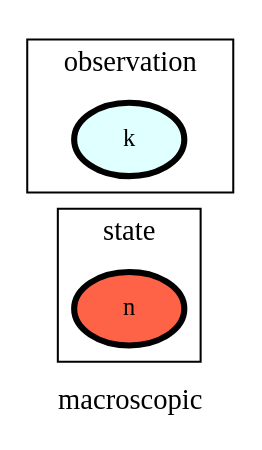
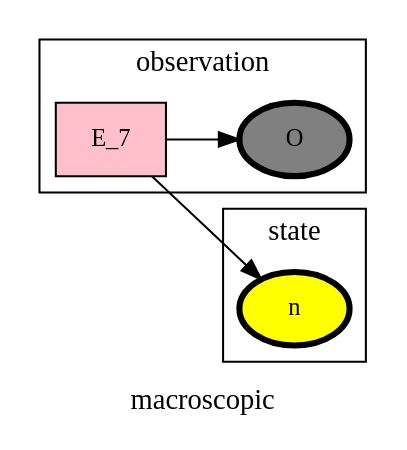
Before and after one commit to heinz-preisig/processes_distributed_no_interface_eqs: the diagram in ontology_graphs/graph__macroscopic.dot, drawn with Graphviz. The commit also changed 79 other files, not shown here.

```diff
--- a/ontology_graphs/graph__macroscopic.dot
+++ b/ontology_graphs/graph__macroscopic.dot
@@ -1,81 +1,84 @@
 digraph macroscopic {
 label=macroscopic;
 rankdir=LR;
 subgraph cluster_macroscopic___transport {
 label=transport;
 rankdir=LR;
 }
 
 subgraph cluster_macroscopic___geometry {
 label=geometry;
 rankdir=LR;
 }
 
 subgraph cluster_macroscopic___properties {
 label=properties;
 rankdir=LR;
 }
 
 subgraph cluster_macroscopic___network {
 label=network;
 rankdir=LR;
 }
 
 subgraph cluster_macroscopic___differenceOperator {
 label=differenceOperator;
 rankdir=LR;
 }
 
 subgraph cluster_macroscopic___frame {
 label=frame;
 rankdir=LR;
 }
 
 subgraph cluster_macroscopic___state {
 label=state;
 rankdir=LR;
-V_1 [fillcolor=tomato, fontsize=12, label=n, penwidth=3, style=filled];
+V_1 [fillcolor=yellow, fontsize=12, label=n, penwidth=3, style=filled];
 }
 
 subgraph cluster_macroscopic___constant {
 label=constant;
 rankdir=LR;
 }
 
 subgraph cluster_macroscopic___effort {
 label=effort;
 rankdir=LR;
 }
 
 subgraph cluster_macroscopic___secondaryState {
 label=secondaryState;
 rankdir=LR;
 }
 
 subgraph cluster_macroscopic___conversion {
 label=conversion;
 rankdir=LR;
 }
 
 subgraph cluster_macroscopic___diffState {
 label=diffState;
 rankdir=LR;
 }
 
 subgraph cluster_macroscopic___internalTransport {
 label=internalTransport;
 rankdir=LR;
 }
 
 subgraph cluster_macroscopic___controlInput {
 label=controlInput;
 rankdir=LR;
 }
 
+E_7 -> V_1  [splines=ortho];
 subgraph cluster_macroscopic___observation {
 label=observation;
 rankdir=LR;
-V_2 [fillcolor=lightcyan, fontsize=12, label=k, penwidth=3, style=filled];
+V_8 [fillcolor=grey, fontsize=12, label=O, penwidth=3, style=filled];
+E_7 [fillcolor=pink, fontsize=12, shape=box, style=filled];
+E_7 -> V_8  [splines=ortho];
 }
 
 }
```
